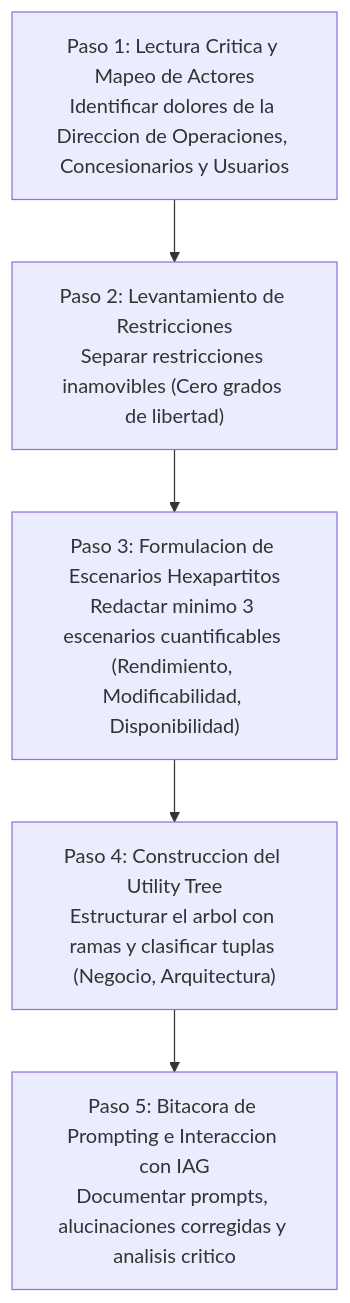
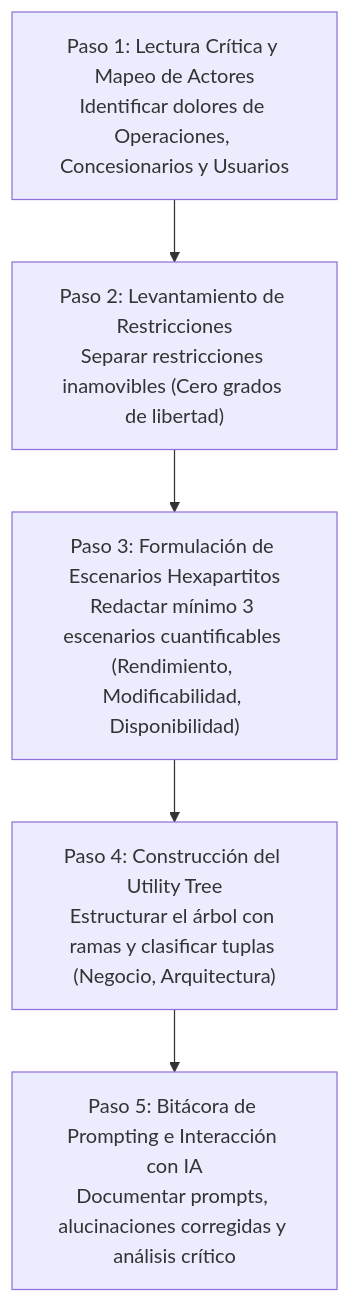
Before and after one commit to Kelocoes/docukelo-icesi: the eighth of 8 diagrams in docs/diseno-de-software-1/semana-1/03-drivers-asrs-escenarios.md, drawn with Mermaid. The commit also changed other lines of this file and 3 other files, not shown here.

Commit message:
docs(diseno-1): actualizar guias 02 y 03 con diagramas SVG optimizados, OCP y escenarios SEI

````diff
--- a/docs/diseno-de-software-1/semana-1/03-drivers-asrs-escenarios.md
+++ b/docs/diseno-de-software-1/semana-1/03-drivers-asrs-escenarios.md
@@ -400,7 +431,7 @@
 ```mermaid
 flowchart TD
-    P1["Paso 1: Lectura Critica y Mapeo de Actores<br/>Identificar dolores de la Direccion de Operaciones, Concesionarios y Usuarios"] --> P2["Paso 2: Levantamiento de Restricciones<br/>Separar restricciones inamovibles (Cero grados de libertad)"]
-    P2 --> P3["Paso 3: Formulacion de Escenarios Hexapartitos<br/>Redactar minimo 3 escenarios cuantificables (Rendimiento, Modificabilidad, Disponibilidad)"]
-    P3 --> P4["Paso 4: Construccion del Utility Tree<br/>Estructurar el arbol con ramas y clasificar tuplas (Negocio, Arquitectura)"]
-    P4 --> P5["Paso 5: Bitacora de Prompting e Interaccion con IAG<br/>Documentar prompts, alucinaciones corregidas y analisis critico"]
+    P1["Paso 1: Lectura Crítica y Mapeo de Actores<br/>Identificar dolores de Operaciones, Concesionarios y Usuarios"] --> P2["Paso 2: Levantamiento de Restricciones<br/>Separar restricciones inamovibles (Cero grados de libertad)"]
+    P2 --> P3["Paso 3: Formulación de Escenarios Hexapartitos<br/>Redactar mínimo 3 escenarios cuantificables (Rendimiento, Modificabilidad, Disponibilidad)"]
+    P3 --> P4["Paso 4: Construcción del Utility Tree<br/>Estructurar el árbol con ramas y clasificar tuplas (Negocio, Arquitectura)"]
+    P4 --> P5["Paso 5: Bitácora de Prompting e Interacción con IA<br/>Documentar prompts, alucinaciones corregidas y análisis crítico"]
 ```
````
